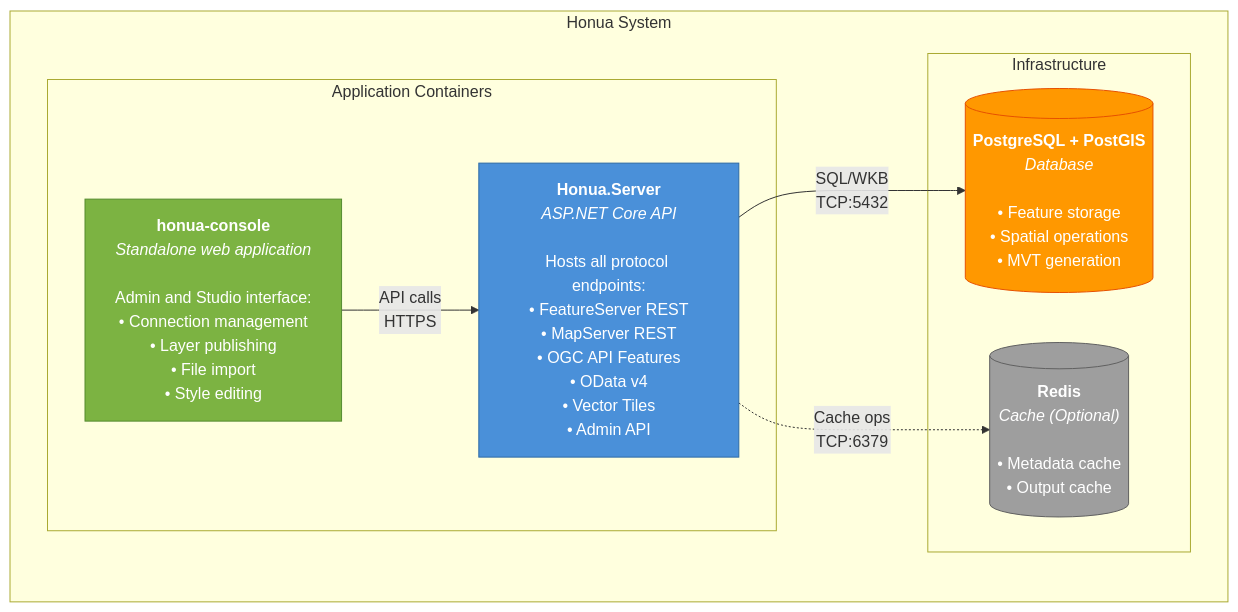
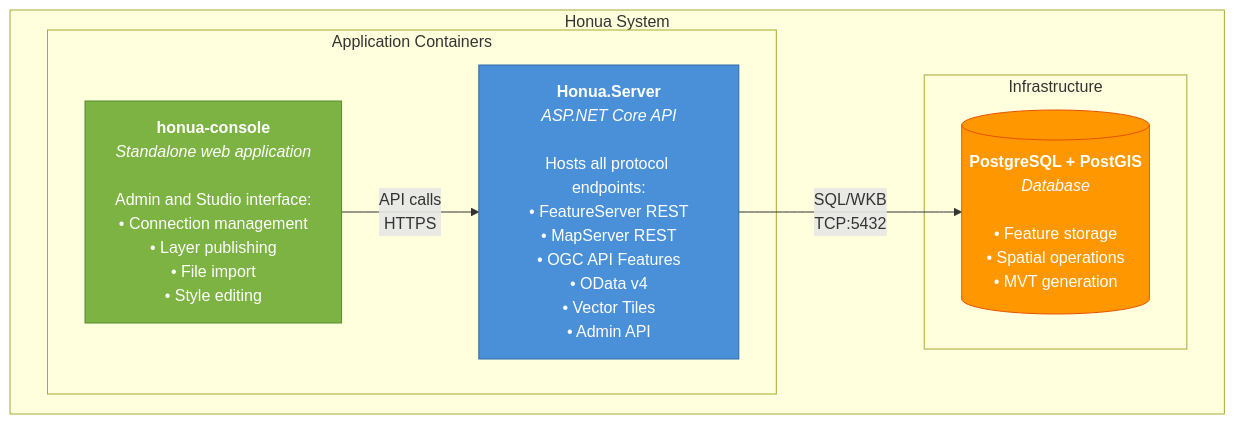
Before and after one commit to honua-io/honua-server: the third of 12 diagrams in docs/concepts/architecture-diagrams.md, drawn with Mermaid. The commit also changed other lines of this file and 30 other files, not shown here.

````diff
--- a/docs/concepts/architecture-diagrams.md
+++ b/docs/concepts/architecture-diagrams.md
@@ -88,25 +88,21 @@
 ```mermaid
 graph TB
     subgraph "Honua System"
         subgraph "Application Containers"
             Server["<b>Honua.Server</b><br/><i>ASP.NET Core API</i><br/><br/>Hosts all protocol endpoints:<br/>• FeatureServer REST<br/>• MapServer REST<br/>• OGC API Features<br/>• OData v4<br/>• Vector Tiles<br/>• Admin API"]
 
             AdminUI["<b>honua-console</b><br/><i>Standalone web application</i><br/><br/>Admin and Studio interface:<br/>• Connection management<br/>• Layer publishing<br/>• File import<br/>• Style editing"]
         end
 
         subgraph "Infrastructure"
             DB[("<b>PostgreSQL + PostGIS</b><br/><i>Database</i><br/><br/>• Feature storage<br/>• Spatial operations<br/>• MVT generation")]
-
-            Redis[("<b>Redis</b><br/><i>Cache (Optional)</i><br/><br/>• Metadata cache<br/>• Output cache")]
         end
     end
 
     AdminUI -->|"API calls<br/>HTTPS"| Server
     Server -->|"SQL/WKB<br/>TCP:5432"| DB
-    Server -.->|"Cache ops<br/>TCP:6379"| Redis
 
     style Server fill:#4A90D9,stroke:#2E6BA6,color:#fff
     style AdminUI fill:#7CB342,stroke:#558B2F,color:#fff
     style DB fill:#FF9800,stroke:#E65100,color:#fff
-    style Redis fill:#9E9E9E,stroke:#616161,color:#fff
 ```
````
